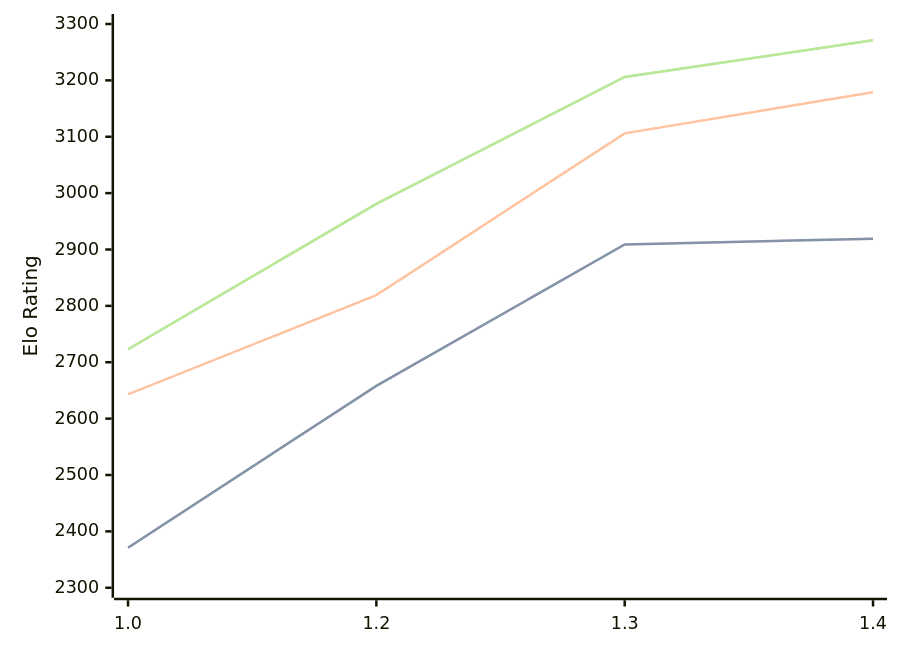
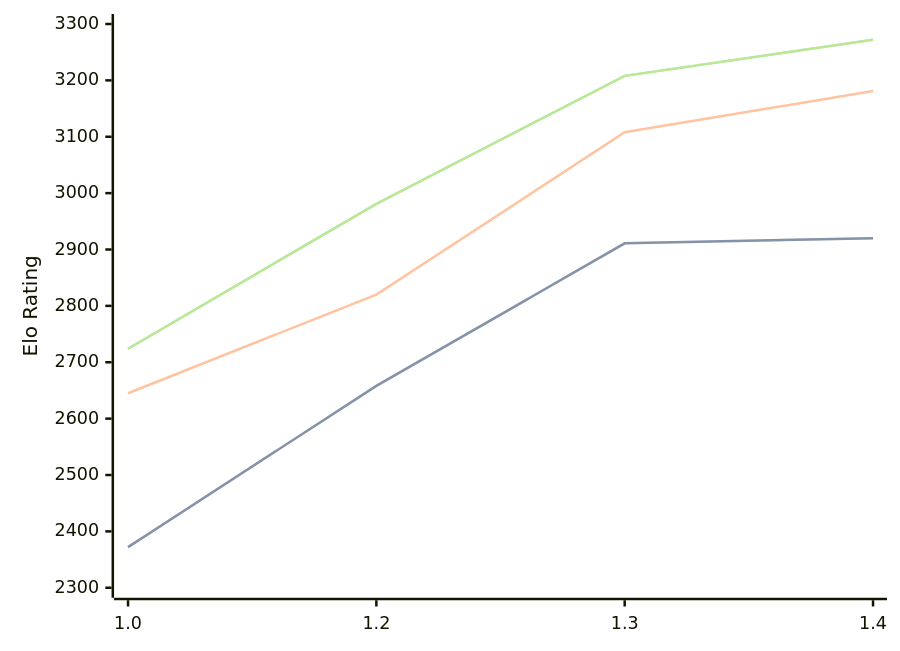
The diagram in engines/Chessnix.md (computer-chess-index/cci), drawn with Mermaid before and after one commit. The commit also changed other lines of this file, not shown here.

Commit message:
Update CCI Ratings (ELO VLTC) - 2026-05-01

````diff
--- a/engines/Chessnix.md
+++ b/engines/Chessnix.md
@@ -36,11 +36,11 @@
 ```mermaid
 %%{init: {"theme":"base","themeVariables":{"seriesColors:['#a3a3a3','#222221','#faa371']}}}%%
 xychart-beta
   x-axis ["1.0", "1.2", "1.3", "1.4"]
   y-axis "Elo Rating" 2300 --> 3300
-  line "STC (8.0+0.08s)" [2371, 2658, 2909, 2919]
-  line "STC (8.0+0.08s)" [2371, 2658, 2909, 2919]
-  line "LTC (60.0+0.60s)" [2643, 2819, 3106, 3179]
-  line "VLTC (2m24s+1.12s)" [2723, 2981, 3206, 3271]
-  line "VLTC (2m24s+1.12s)" [2723, 2981, 3206, 3271]
+  line "STC (8.0+0.08s)" [2372, 2658, 2911, 2920]
+  line "STC (8.0+0.08s)" [2372, 2658, 2911, 2920]
+  line "LTC (60.0+0.60s)" [2645, 2820, 3108, 3181]
+  line "VLTC (2m24s+1.12s)" [2724, 2981, 3208, 3272]
+  line "VLTC (2m24s+1.12s)" [2724, 2981, 3208, 3272]
 ```
````
